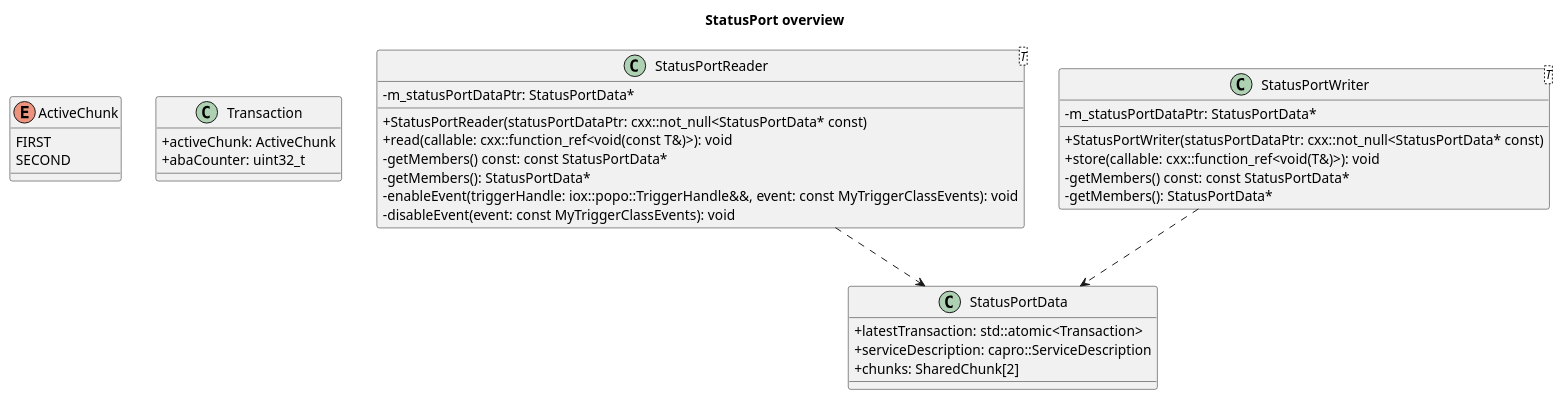
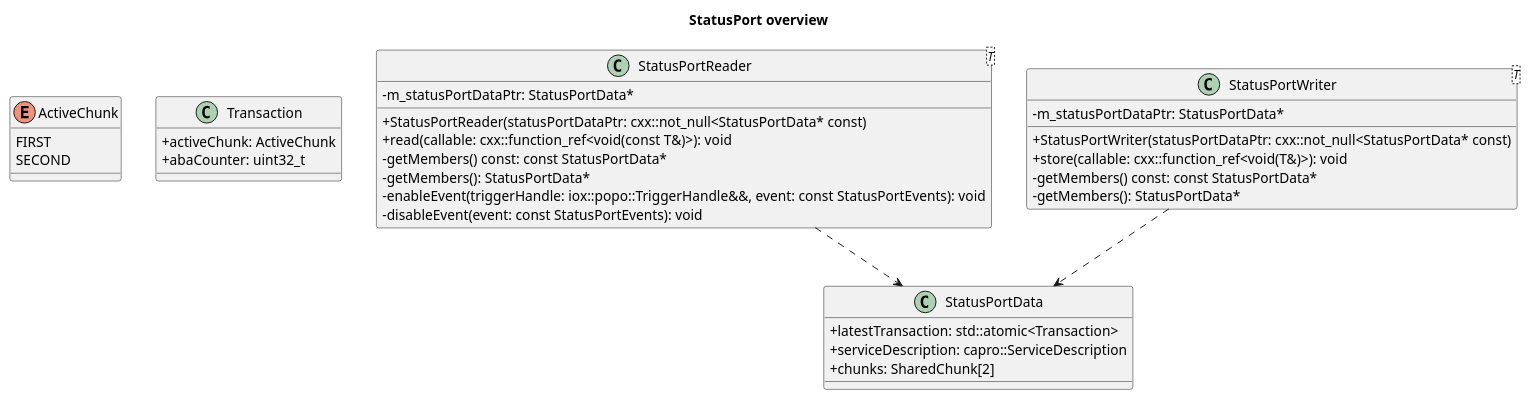
Before and after one commit to eclipse-iceoryx/iceoryx: the diagram in doc/design/diagrams/status-port/status-port-overview.puml, drawn with PlantUML. The commit also changed 1 other file, not shown here.

Commit message:
iox-#982 Fix typos and write requirements with 'shall'

```diff
--- a/doc/design/diagrams/status-port/status-port-overview.puml
+++ b/doc/design/diagrams/status-port/status-port-overview.puml
@@ -1,51 +1,51 @@
 @startuml
 
 title StatusPort overview
 
 skinparam classAttributeIconSize 0
 
 enum ActiveChunk {
   FIRST
   SECOND
 }
 
 class Transaction {
   +activeChunk: ActiveChunk
   +abaCounter: uint32_t
 }
 
 class StatusPortData {
   +latestTransaction: std::atomic<Transaction>
   +serviceDescription: capro::ServiceDescription
   +chunks: SharedChunk[2]
 }
 
 class StatusPortReader<T> {
   +StatusPortReader(statusPortDataPtr: cxx::not_null<StatusPortData* const)
   +read(callable: cxx::function_ref<void(const T&)>): void
   ' Open question if copy() is wanted
   'copy(callable: cxx::function_ref<void(const T&)>): void)
   -getMembers() const: const StatusPortData*
   -getMembers(): StatusPortData*
-  -enableEvent(triggerHandle: iox::popo::TriggerHandle&&, event: const MyTriggerClassEvents): void
-  -disableEvent(event: const MyTriggerClassEvents): void
+  -enableEvent(triggerHandle: iox::popo::TriggerHandle&&, event: const StatusPortEvents): void
+  -disableEvent(event: const StatusPortEvents): void
   ' Some more methods need to be implemented in the StatusPortReader to be attachable to a Listener
   ' See https://github.com/eclipse-iceoryx/iceoryx/blob/master/iceoryx_examples/waitset/ice_waitset_trigger.cpp
   ' Open question if copy() is wanted
   '-m_copyOfUserData: T
   -m_statusPortDataPtr: StatusPortData*
 }
 
 
 class StatusPortWriter<T> {
   +StatusPortWriter(statusPortDataPtr: cxx::not_null<StatusPortData* const)
   +store(callable: cxx::function_ref<void(T&)>): void
   -getMembers() const: const StatusPortData*
   -getMembers(): StatusPortData*
   -m_statusPortDataPtr: StatusPortData*
 }
 
 StatusPortWriter ..> StatusPortData
 StatusPortReader ..> StatusPortData
 
 @enduml
```
